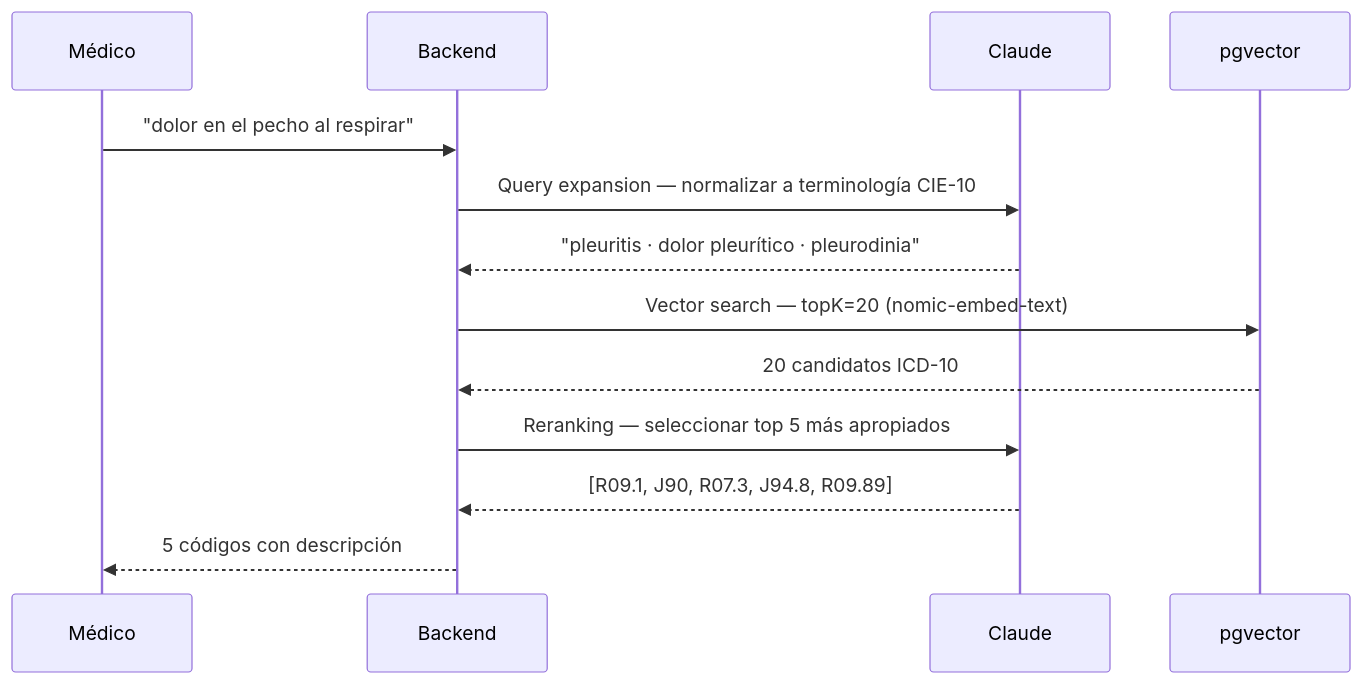
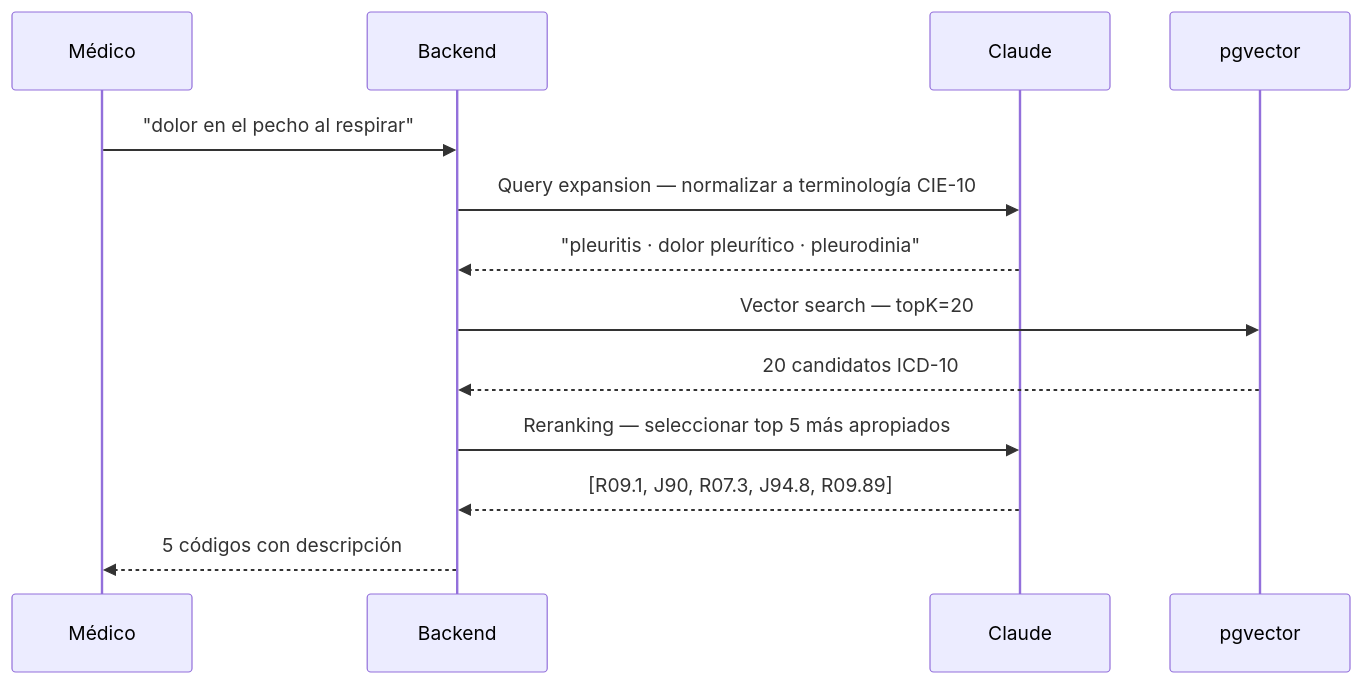
The sixth of 11 diagrams in README.md (FepDev25/sistema-facturacion-medica-springboot-react-postgresql), drawn with Mermaid before and after one commit. The commit also changed other lines of this file and 1 other file, not shown here.

````diff
--- a/README.md
+++ b/README.md
@@ -166,16 +166,16 @@
 ```mermaid
 sequenceDiagram
     participant M as Médico
     participant BE as Backend
     participant C as Claude
     participant V as pgvector
 
     M->>BE: "dolor en el pecho al respirar"
     BE->>C: Query expansion — normalizar a terminología CIE-10
     C-->>BE: "pleuritis · dolor pleurítico · pleurodinia"
-    BE->>V: Vector search — topK=20 (nomic-embed-text)
+    BE->>V: Vector search — topK=20
     V-->>BE: 20 candidatos ICD-10
     BE->>C: Reranking — seleccionar top 5 más apropiados
     C-->>BE: [R09.1, J90, R07.3, J94.8, R09.89]
     BE-->>M: 5 códigos con descripción
 ```
````
